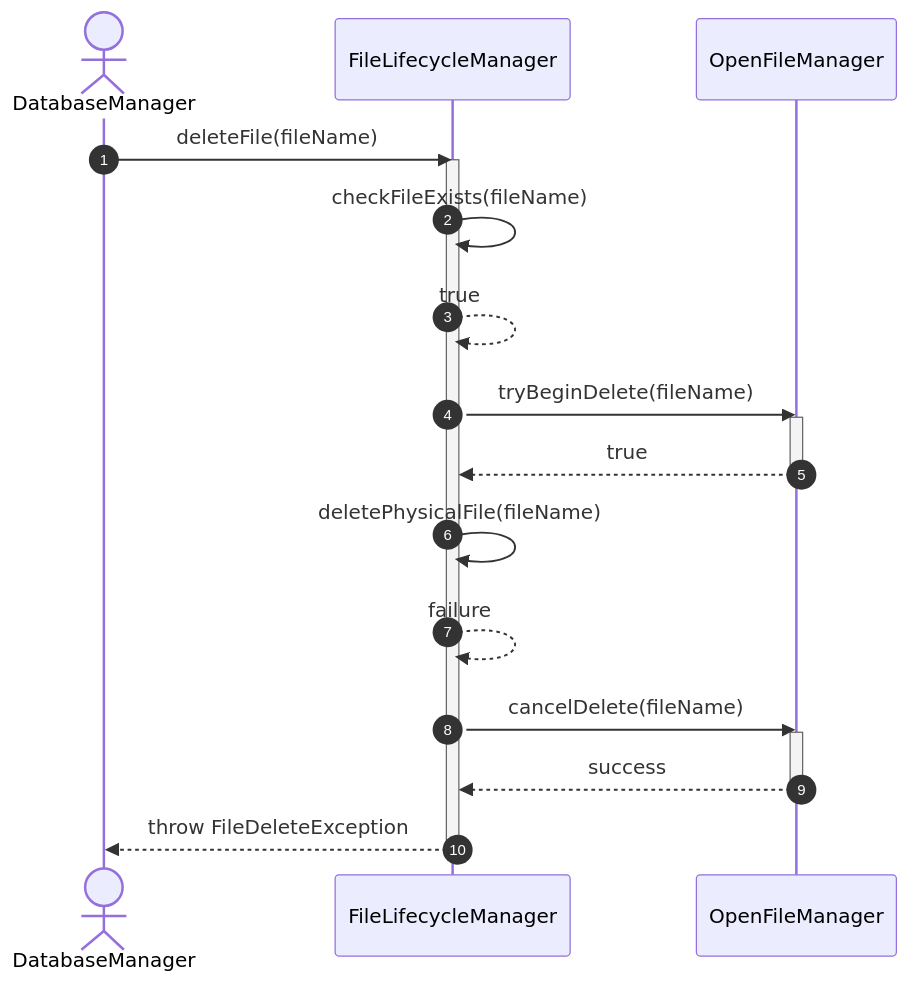
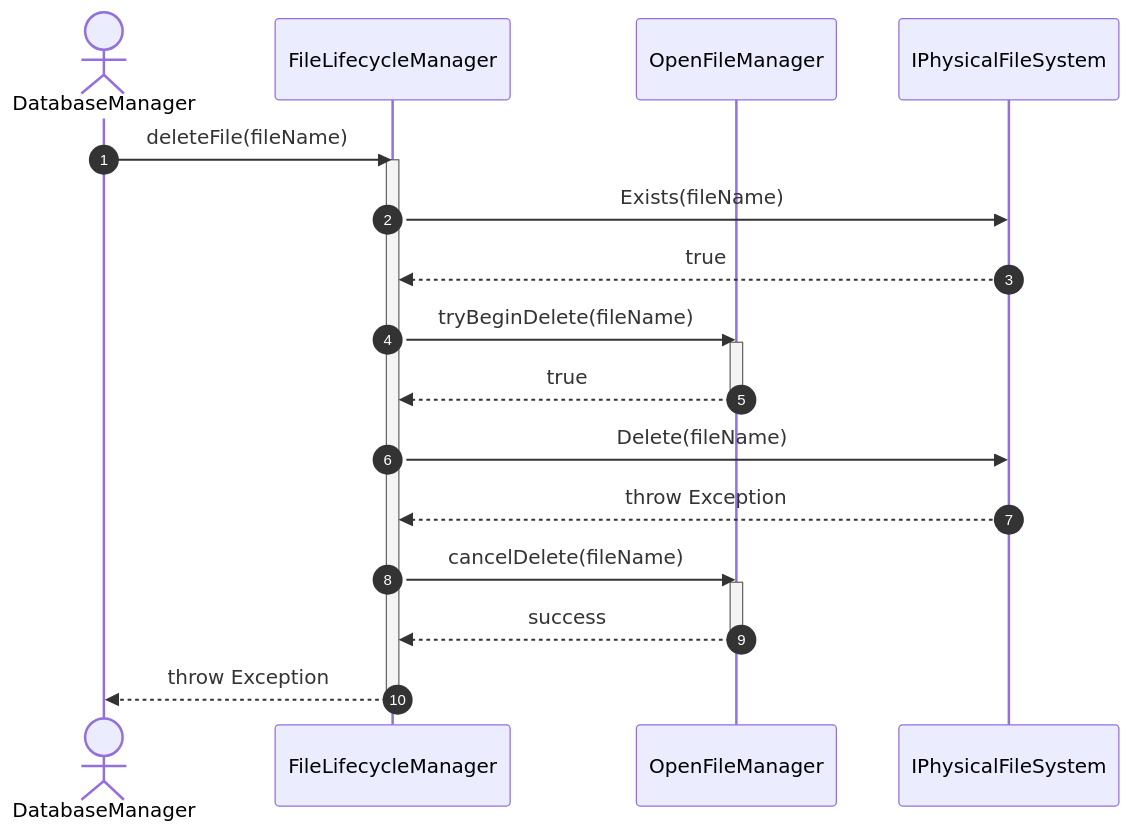
Before and after one commit to manaxpow/DBMS: the fourth of 4 diagrams in docs/diagrams/sequence-diagrams/storage-engine/file-management/file-lifecycle/delete-file.md, drawn with Mermaid. The commit also changed other lines of this file and 54 other files, not shown here.

Commit message:
#5 update PhysicalFileSystem

````diff
--- a/docs/diagrams/sequence-diagrams/storage-engine/file-management/file-lifecycle/delete-file.md
+++ b/docs/diagrams/sequence-diagrams/storage-engine/file-management/file-lifecycle/delete-file.md
@@ -86,29 +94,30 @@
 ```mermaid
 sequenceDiagram
     autonumber
     actor DB as DatabaseManager
     participant LM as FileLifecycleManager
     participant OM as OpenFileManager
+    participant PFS as IPhysicalFileSystem
 
     DB->>LM: deleteFile(fileName)
     activate LM
     
-    LM->>LM: checkFileExists(fileName)
-    LM-->>LM: true
+    LM->>PFS: Exists(fileName)
+    PFS-->>LM: true
 
     LM->>OM: tryBeginDelete(fileName)
     activate OM
     OM-->>LM: true
     deactivate OM
     
-    LM->>LM: deletePhysicalFile(fileName)
-    LM-->>LM: failure
+    LM->>PFS: Delete(fileName)
+    PFS-->>LM: throw Exception
     
     LM->>OM: cancelDelete(fileName)
     activate OM
     OM-->>LM: success
     deactivate OM
     
-    LM-->>DB: throw FileDeleteException
+    LM-->>DB: throw Exception
     deactivate LM
 ```
````
